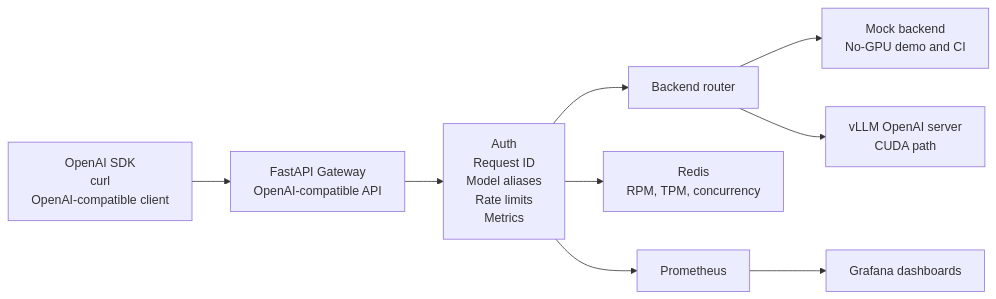
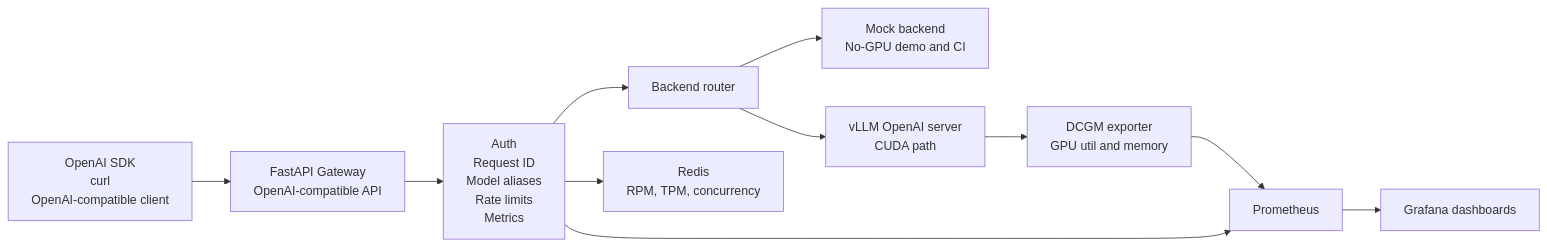
Before and after one commit to ictup/Mini_LLM_Serving_Platform: the diagram in README.md, drawn with Mermaid. The commit also changed other lines of this file and 36 other files, not shown here.

````diff
--- a/README.md
+++ b/README.md
@@ -58,11 +59,13 @@
 ```mermaid
 flowchart LR
     Client["OpenAI SDK<br/>curl<br/>OpenAI-compatible client"] --> Gateway["FastAPI Gateway<br/>OpenAI-compatible API"]
     Gateway --> Platform["Auth<br/>Request ID<br/>Model aliases<br/>Rate limits<br/>Metrics"]
     Platform --> Router["Backend router"]
     Router --> Mock["Mock backend<br/>No-GPU demo and CI"]
     Router --> VLLM["vLLM OpenAI server<br/>CUDA path"]
     Platform --> Redis["Redis<br/>RPM, TPM, concurrency"]
     Platform --> Prometheus["Prometheus"]
     Prometheus --> Grafana["Grafana dashboards"]
+    VLLM --> DCGM["DCGM exporter<br/>GPU util and memory"]
+    DCGM --> Prometheus
 ```
````
